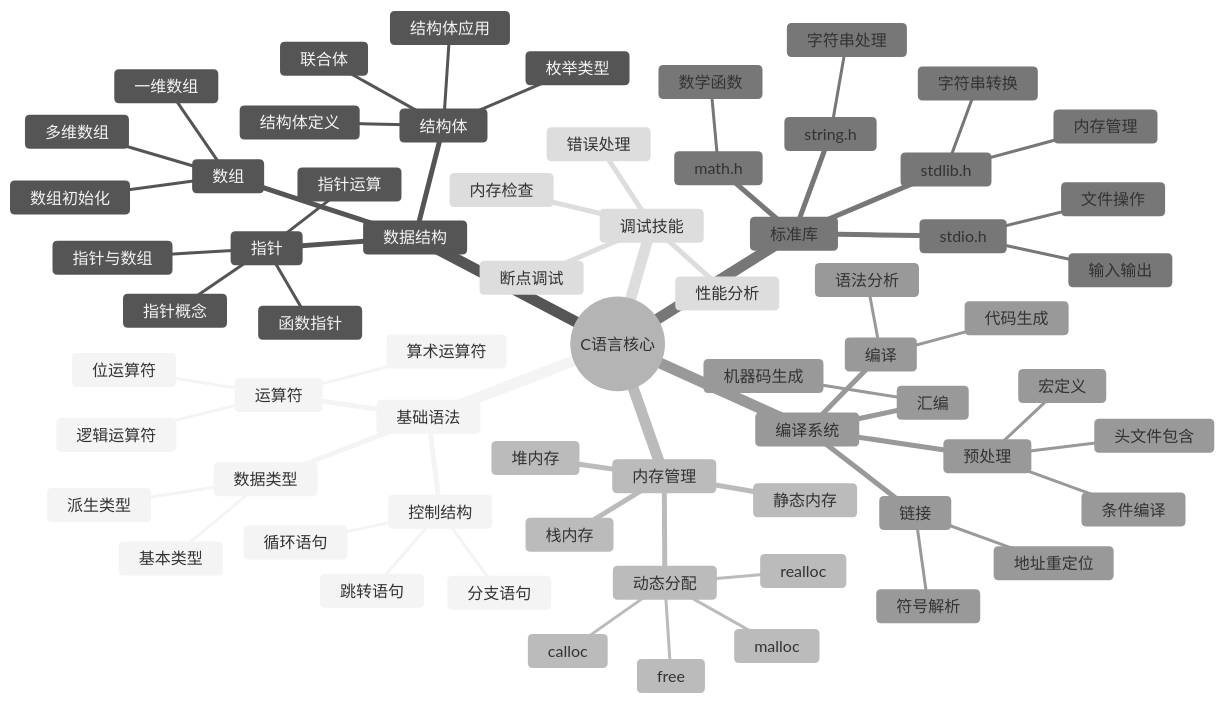
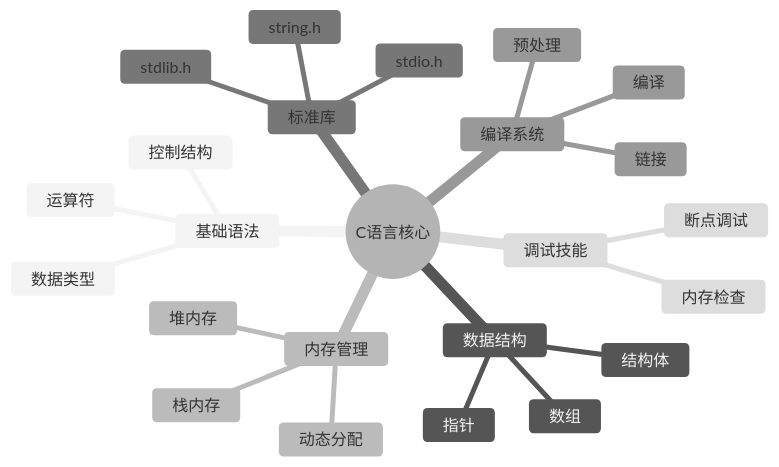
One commit to hulu798/C-Notes changed the third of 15 diagrams in README.md. Above: the diagram before and after it, drawn with Mermaid (neutral theme). The commit also changed other lines of this file, not shown here.

````diff
--- a/README.md
+++ b/README.md
@@ -136,69 +136,27 @@
 ```mermaid
 mindmap
   root((C语言核心))
     基础语法
       数据类型
-        基本类型
-        派生类型
       运算符
-        算术运算符
-        逻辑运算符
-        位运算符
       控制结构
-        分支语句
-        循环语句
-        跳转语句
     数据结构
       数组
-        一维数组
-        多维数组
-        数组初始化
       指针
-        指针概念
-        指针运算
-        指针与数组
-        函数指针
       结构体
-        结构体定义
-        结构体应用
-        联合体
-        枚举类型
     内存管理
       栈内存
       堆内存
-      静态内存
       动态分配
-        malloc
-        free
-        calloc
-        realloc
     标准库
       stdio.h
-        输入输出
-        文件操作
       stdlib.h
-        内存管理
-        字符串转换
       string.h
-        字符串处理
-      math.h
-        数学函数
     编译系统
       预处理
-        宏定义
-        头文件包含
-        条件编译
       编译
-        语法分析
-        代码生成
-      汇编
-        机器码生成
       链接
-        符号解析
-        地址重定位
     调试技能
       断点调试
       内存检查
-      性能分析
-      错误处理
 ```
````
